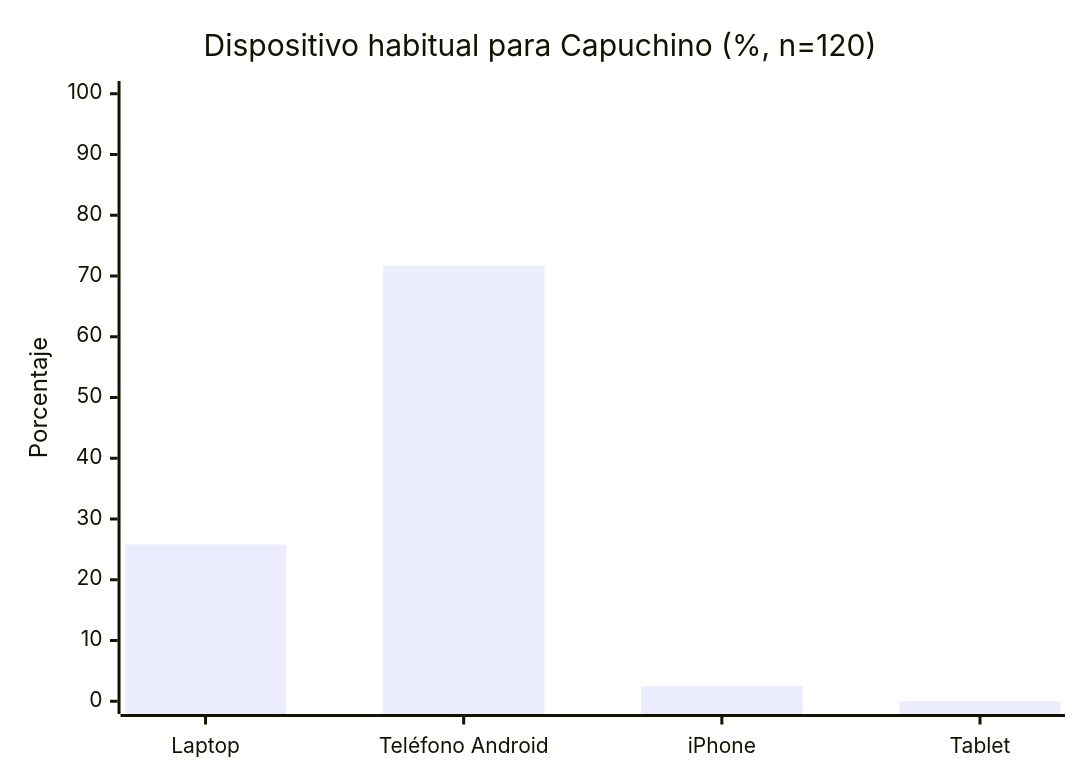
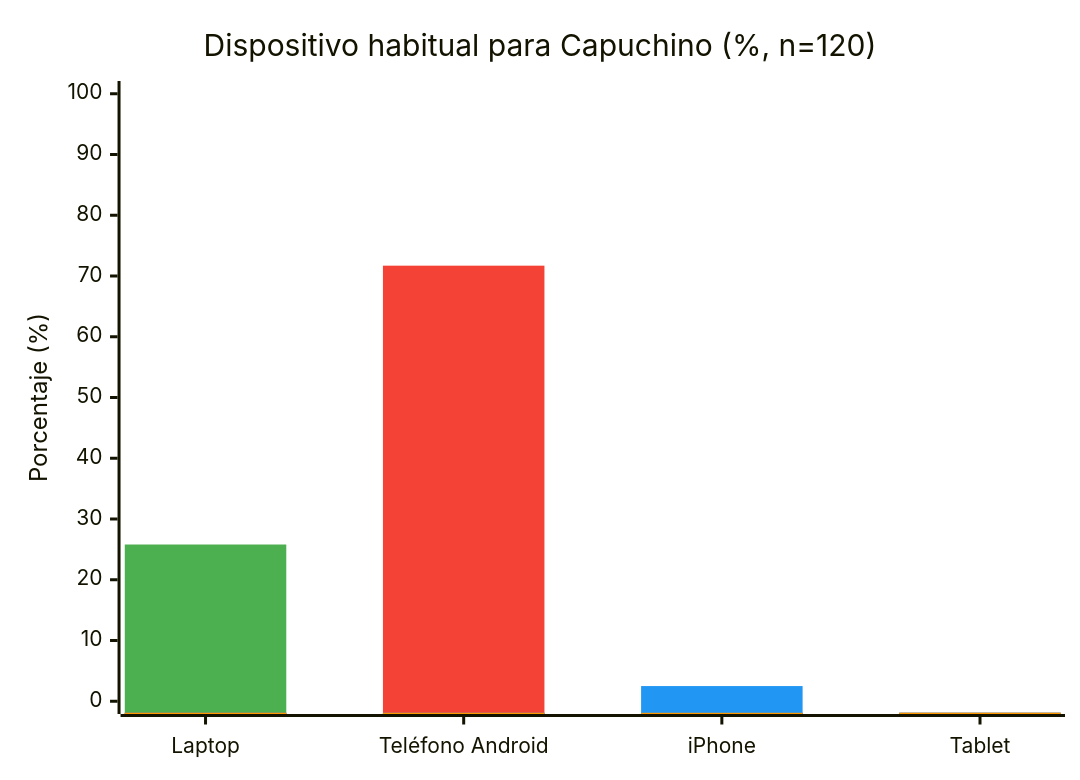
One commit to smith-3/Taller-Grado-II changed the diagram in images/diagrams/encuesta_dispositivo.mmd. Above: the diagram before and after it, drawn with Mermaid. The commit also changed 10 other files, not shown here.

```diff
--- a/images/diagrams/encuesta_dispositivo.mmd
+++ b/images/diagrams/encuesta_dispositivo.mmd
@@ -1,6 +1,20 @@
-%%{init: { 'theme': 'default' } }%%
+%%{init: {
+  'theme': 'default',
+  'themeVariables': {
+    'xyChart': {
+      'plotColorPalette': '#4CAF50, #F44336, #2196F3, #FF9800'
+    }
+  }
+}}%%
 xychart-beta
     title "Dispositivo habitual para Capuchino (%, n=120)"
     x-axis ["Laptop", "Teléfono Android", "iPhone", "Tablet"]
-    y-axis "Porcentaje" 0 --> 100
-    bar "Porcentaje" [25.8, 71.7, 2.5, 0.0]
+    y-axis "Porcentaje (%)" 0 --> 100
+    %% Laptop -> verde
+    bar [25.8, -1.9, -1.9, -1.9]
+    %% Teléfono Android -> rojo
+    bar [-1.9, 71.7, -1.9, -1.9]
+    %% iPhone -> azul
+    bar [-1.9, -1.9, 2.5, -1.9]
+    %% Tablet -> naranja (0%, oculto)
+    bar [-1.9, -1.9, -1.9, -1.9]
```
